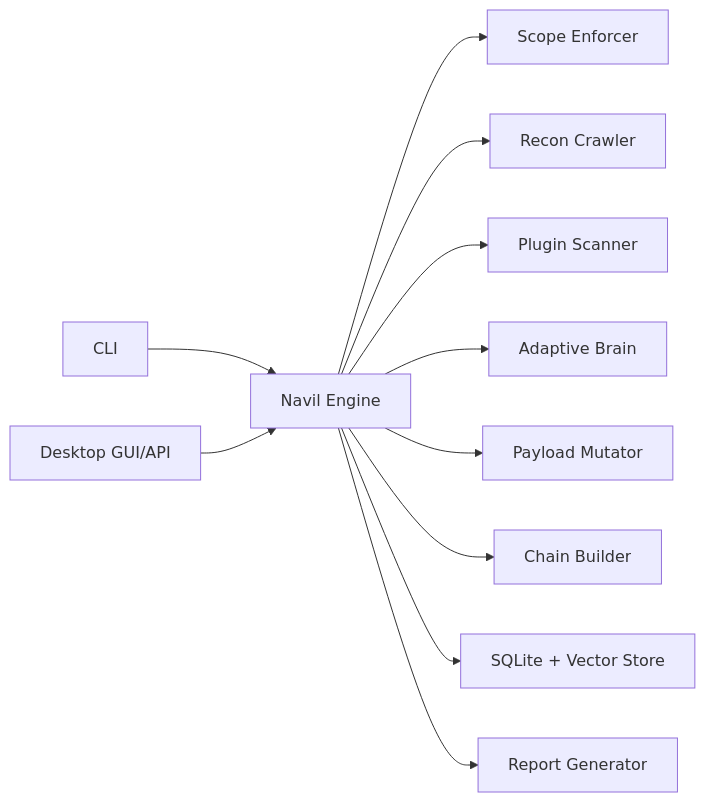
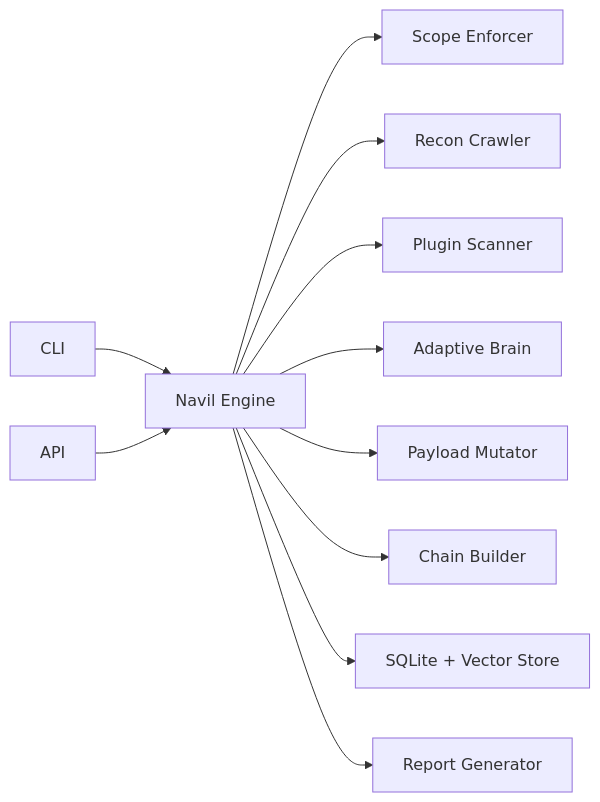
Before and after one commit to funbinet/navil: the diagram in README.md, drawn with Mermaid. The commit also changed other lines of this file and 20 other files, not shown here.

Commit message:
Move Navil to CLI-only and remove desktop GUI

````diff
--- a/README.md
+++ b/README.md
@@ -25,13 +25,13 @@
 ```mermaid
 flowchart LR
     CLI[CLI] --> Engine[Navil Engine]
-    UI[Desktop GUI/API] --> Engine
+    API[API] --> Engine
     Engine --> Scope[Scope Enforcer]
     Engine --> Recon[Recon Crawler]
     Engine --> Scan[Plugin Scanner]
     Engine --> Brain[Adaptive Brain]
     Engine --> Mutator[Payload Mutator]
     Engine --> Chains[Chain Builder]
     Engine --> KB[SQLite + Vector Store]
     Engine --> Report[Report Generator]
 ```
````
